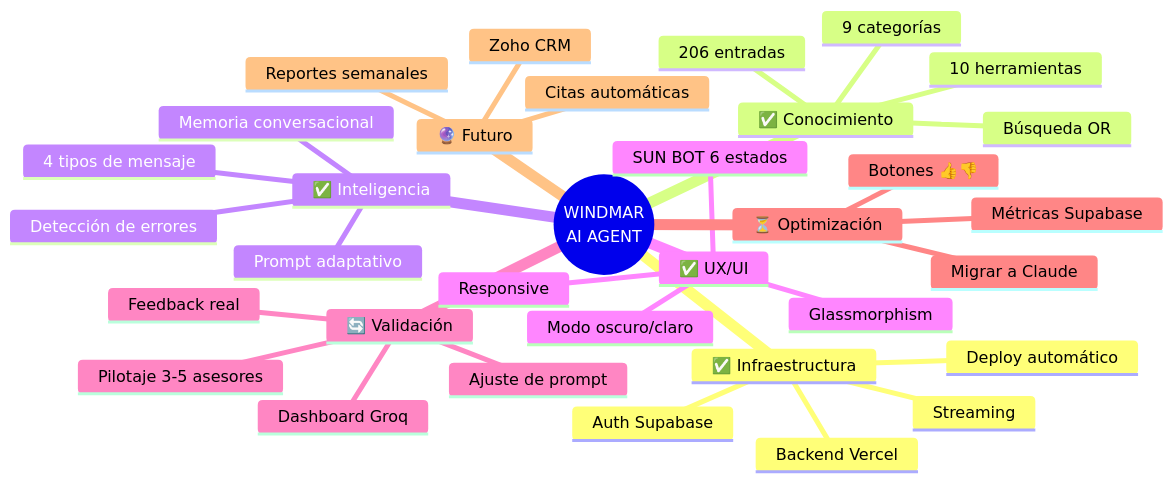
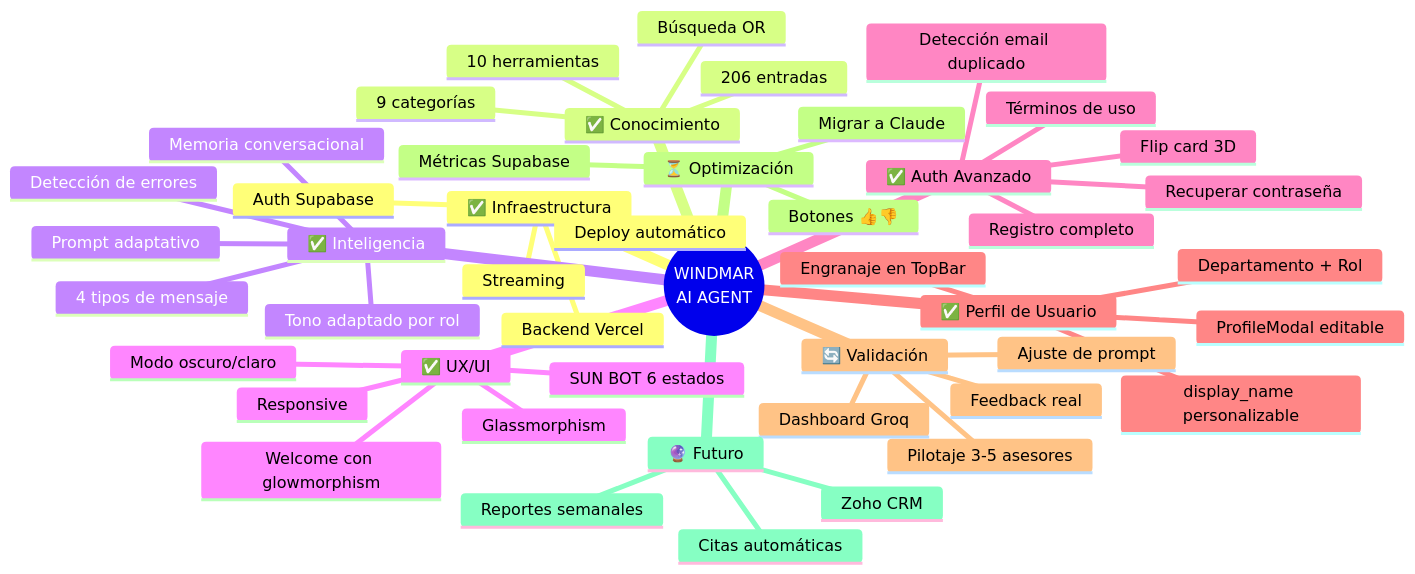
The first of 13 diagrams in ROADMAP.md (JnSbstnRivera/WINDMAR-AI-AGENT), drawn with Mermaid before and after one commit. The commit also changed other lines of this file, not shown here.

Commit message:
docs: update roadmap — add Bloque H (Auth+Perfil), bump to 82%

````diff
--- a/ROADMAP.md
+++ b/ROADMAP.md
@@ -10,37 +10,50 @@
 ```mermaid
 mindmap
   root((WINDMAR<br/>AI AGENT))
     ✅ Infraestructura
       Auth Supabase
       Backend Vercel
       Streaming
       Deploy automático
     ✅ Conocimiento
       206 entradas
       9 categorías
       Búsqueda OR
       10 herramientas
     ✅ Inteligencia
       Prompt adaptativo
       4 tipos de mensaje
       Memoria conversacional
+      Tono adaptado por rol
       Detección de errores
     ✅ UX/UI
       Modo oscuro/claro
       SUN BOT 6 estados
       Glassmorphism
       Responsive
+      Welcome con glowmorphism
+    ✅ Auth Avanzado
+      Flip card 3D
+      Registro completo
+      Recuperar contraseña
+      Detección email duplicado
+      Términos de uso
+    ✅ Perfil de Usuario
+      ProfileModal editable
+      display_name personalizable
+      Departamento + Rol
+      Engranaje en TopBar
     🔄 Validación
       Pilotaje 3-5 asesores
       Dashboard Groq
       Feedback real
       Ajuste de prompt
     ⏳ Optimización
       Migrar a Claude
       Botones 👍👎
       Métricas Supabase
     🔮 Futuro
       Zoho CRM
       Citas automáticas
       Reportes semanales
 ```
````
